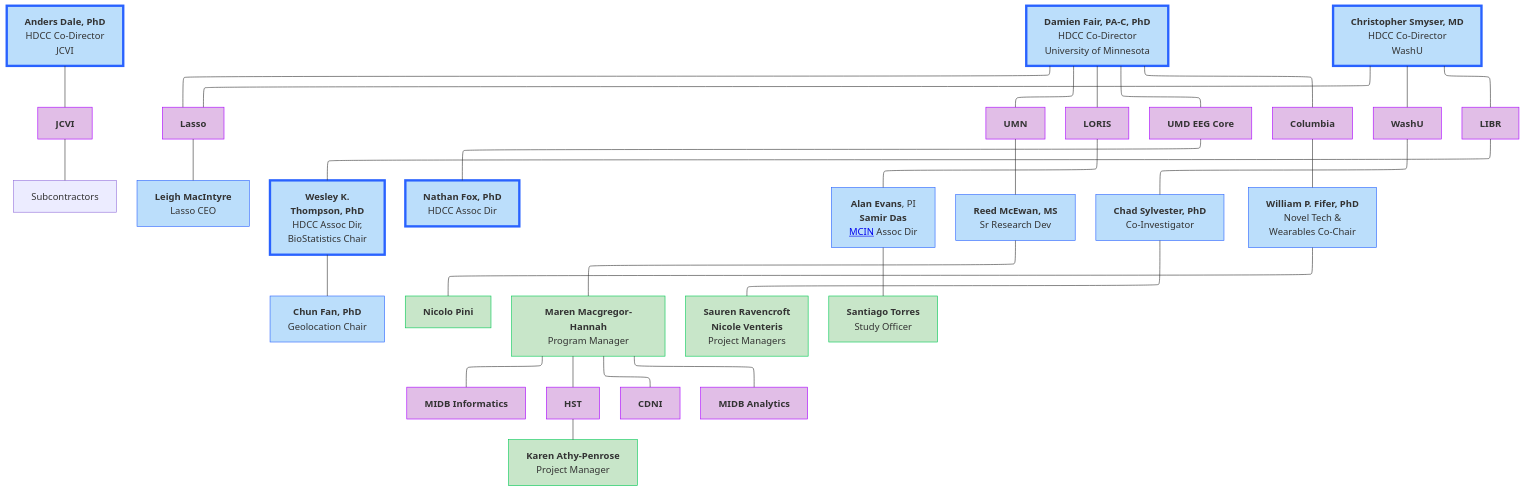
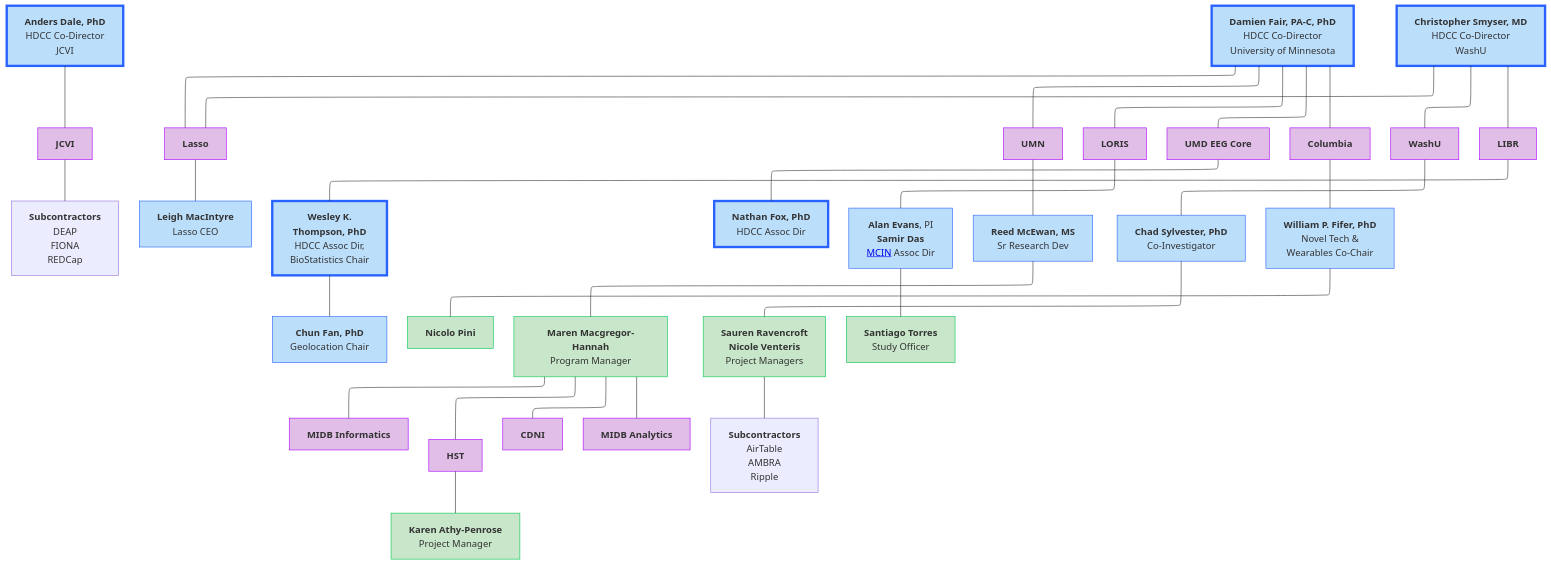
The first of 12 diagrams in docs/orgcharts.md (DCAN-Labs/hbcd-docs-internal), drawn with Mermaid before and after one commit.

Commit message:
add WashU subcontractors

````diff
--- a/docs/orgcharts.md
+++ b/docs/orgcharts.md
@@ -17,68 +17,71 @@
 ```mermaid
 ---
 config:
   layout: elk
 ---
 flowchart TB
     n2["<b>Anders Dale, PhD<br></b>HDCC Co-Director<br>JCVI"] --- jcvi["<b>JCVI</b>"]
-    jcvi --- jcviSC["Subcontractors"]
+    jcvi --- jcviSC["<b>Subcontractors</b><br>DEAP<br>FIONA<br>REDCap"]
     E["<b>Damien Fair, PA-C, PhD</b><br>HDCC Co-Director<br>University of Minnesota"] --- lasso["<b>Lasso</b>"] & umn["<b>UMN</b>"] & n7["<b>LORIS</b>"] & n8["<b>UMD EEG Core</b>"] & n11["<b>Columbia</b>"]
     lasso --- lasso1["<b>Leigh MacIntyre</b><br>Lasso CEO"]
     n1["<b>Christopher Smyser, MD<br></b>HDCC Co-Director<br>WashU"] --- n10["<b>WashU</b>"] & n12["<b>LIBR</b>"] & lasso
     n16["<b>Wesley K.<br>Thompson, PhD</b><br>HDCC Assoc Dir,<br>BioStatistics Chair"] --- n17["<b>Chun Fan, PhD</b><br>Geolocation Chair"]
     n12 --- n16
     n8 --- n19["<b>Nathan Fox, PhD<br></b>HDCC Assoc Dir"]
     n7 --- n20["<b>Alan Evans</b>, PI<br><b>Samir Das</b><br><a href="https://mcin.ca/about-mcin/" target="_blank">MCIN</a> Assoc Dir"]
     umn --- reed["<b>Reed McEwan, MS</b><br>Sr Research Dev"]
     n10 --- n22["<b>Chad Sylvester, PhD</b><br>Co-Investigator"]
     n11 --- n18["<b>William P. Fifer, PhD</b><br>Novel Tech &<br>Wearables Co-Chair"]
     n18 --- n34["<b>Nicolo Pini</b>"]
     reed --- n30["<b>Maren Macgregor-Hannah</b><br>Program Manager"]
     n30 --- n25["<b>MIDB Informatics</b>"]
     n30 --- n27["<b>HST</b>"]
     n30 --- n28["<b>CDNI</b>"]
     n30 --- n29["<b>MIDB Analytics</b>"]
     n27 --- n31["<b>Karen Athy-Penrose</b><br>Project Manager"]
     n22 --- n32["<b>Sauren Ravencroft<br>Nicole Venteris</b><br>Project Managers"]
+    n32 --- washuSC["<b>Subcontractors</b><br>AirTable<br>AMBRA<br>Ripple"]
     n20 --- n33["<b>Santiago Torres</b><br>Study Officer"]
     style n2 fill:#BBDEFB,stroke:#2962FF,stroke-width:4px
     style jcvi fill:#E1BEE7,stroke:#AA00FF
     style E fill:#BBDEFB,stroke:#2962FF,stroke-width:4px
     style lasso fill:#E1BEE7,stroke:#AA00FF
     style umn fill:#E1BEE7,stroke:#AA00FF
     style n7 fill:#E1BEE7,stroke:#AA00FF
     style n8 fill:#E1BEE7,stroke:#AA00FF
     style n11 fill:#E1BEE7,stroke:#AA00FF
     style lasso1 fill:#BBDEFB,stroke:#2962FF
     style n1 fill:#BBDEFB,stroke:#2962FF,stroke-width:4px
     style n10 fill:#E1BEE7,stroke:#AA00FF
     style n12 fill:#E1BEE7,stroke:#AA00FF
     style n16 fill:#BBDEFB,stroke:#2962FF,stroke-width:4px
     style n17 fill:#BBDEFB,stroke:#2962FF
     style n19 fill:#BBDEFB,stroke:#2962FF,stroke-width:4px
     style n20 fill:#BBDEFB,stroke:#2962FF
     style reed fill:#BBDEFB,stroke:#2962FF
     style n22 fill:#BBDEFB,stroke:#2962FF
     style n18 fill:#BBDEFB,stroke:#2962FF
     style n25 fill:#E1BEE7,stroke:#AA00FF
     style n27 fill:#E1BEE7,stroke:#AA00FF
     style n28 fill:#E1BEE7,stroke:#AA00FF
     style n29 fill:#E1BEE7,stroke:#AA00FF
     style n30 fill:#C8E6C9,stroke:#00C853
     style n31 fill:#C8E6C9,stroke:#00C853
     style n32 fill:#C8E6C9,stroke:#00C853
     style n33 fill:#C8E6C9,stroke:#00C853
     style n34 fill:#C8E6C9,stroke:#00C853
     click jcvi "#j-craig-venter-institute"
     click lasso "#lasso"
     click umn "#university-of-minnesota"
     click n7 "#loris"
     click n8 "#university-of-maryland"
     click n10 "#washu"
     click n25 "#midb-informatics-hub-msi"
     click n29 "#midb-analytics-hub"
     click n27 "#health-sciences-technology"
     click n28 "#center-for-developmental-neuroimaging"
     click n12 "#libr"
     click n11 "#columbia-university"
+    click jcviSC "#subcontractor-details_1"
+    click washuSC "#subcontractor-details"
 ```
````
